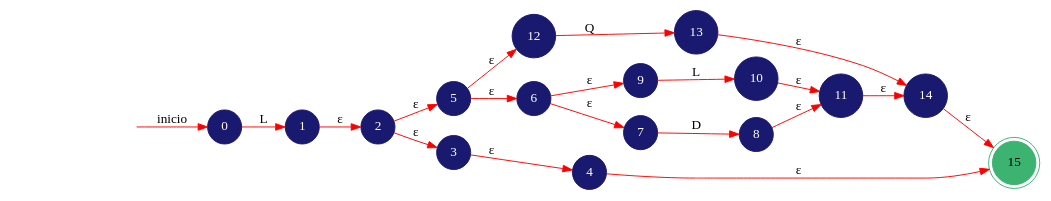
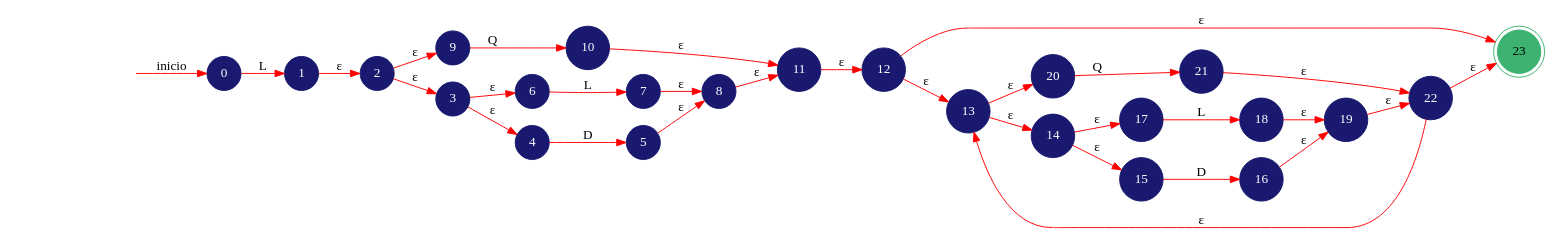
The diagram in src/Imagenes/AFDN.dot (SergieArizandieta/OLC1-P1-202000119), drawn with Graphviz before and after one commit. The commit also changed 13 other files, not shown here.

```diff
--- a/src/Imagenes/AFDN.dot
+++ b/src/Imagenes/AFDN.dot
@@ -1,27 +1,38 @@
 digraph AUTOMATA{
 	rankdir=LR;
-	node [shape=doublecircle, style = filled,color = mediumseagreen]; 15;
+	node [shape=doublecircle, style = filled,color = mediumseagreen]; 23;
 	node [shape=circle];
 	node [color=midnightblue,fontcolor=white];
 	edge [color=red];
 	secret_node [style=invis];
 	secret_node -> 0 [label="inicio"];
 	0 -> 1 [label="L"];
 	1 -> 2 [label="ε"];
-	2 -> 5 [label="ε"];
+	2 -> 9 [label="ε"];
 	2 -> 3 [label="ε"];
+	3 -> 6 [label="ε"];
 	3 -> 4 [label="ε"];
-	4 -> 15 [label="ε"];
-	5 -> 12 [label="ε"];
-	5 -> 6 [label="ε"];
-	6 -> 9 [label="ε"];
-	6 -> 7 [label="ε"];
-	7 -> 8 [label="D"];
+	4 -> 5 [label="D"];
+	5 -> 8 [label="ε"];
+	6 -> 7 [label="L"];
+	7 -> 8 [label="ε"];
 	8 -> 11 [label="ε"];
-	9 -> 10 [label="L"];
+	9 -> 10 [label="Q"];
 	10 -> 11 [label="ε"];
-	11 -> 14 [label="ε"];
-	12 -> 13 [label="Q"];
+	11 -> 12 [label="ε"];
+	12 -> 13 [label="ε"];
+	12 -> 23 [label="ε"];
+	13 -> 20 [label="ε"];
 	13 -> 14 [label="ε"];
+	14 -> 17 [label="ε"];
 	14 -> 15 [label="ε"];
+	15 -> 16 [label="D"];
+	16 -> 19 [label="ε"];
+	17 -> 18 [label="L"];
+	18 -> 19 [label="ε"];
+	19 -> 22 [label="ε"];
+	20 -> 21 [label="Q"];
+	21 -> 22 [label="ε"];
+	22 -> 13 [label="ε"];
+	22 -> 23 [label="ε"];
 }
```
